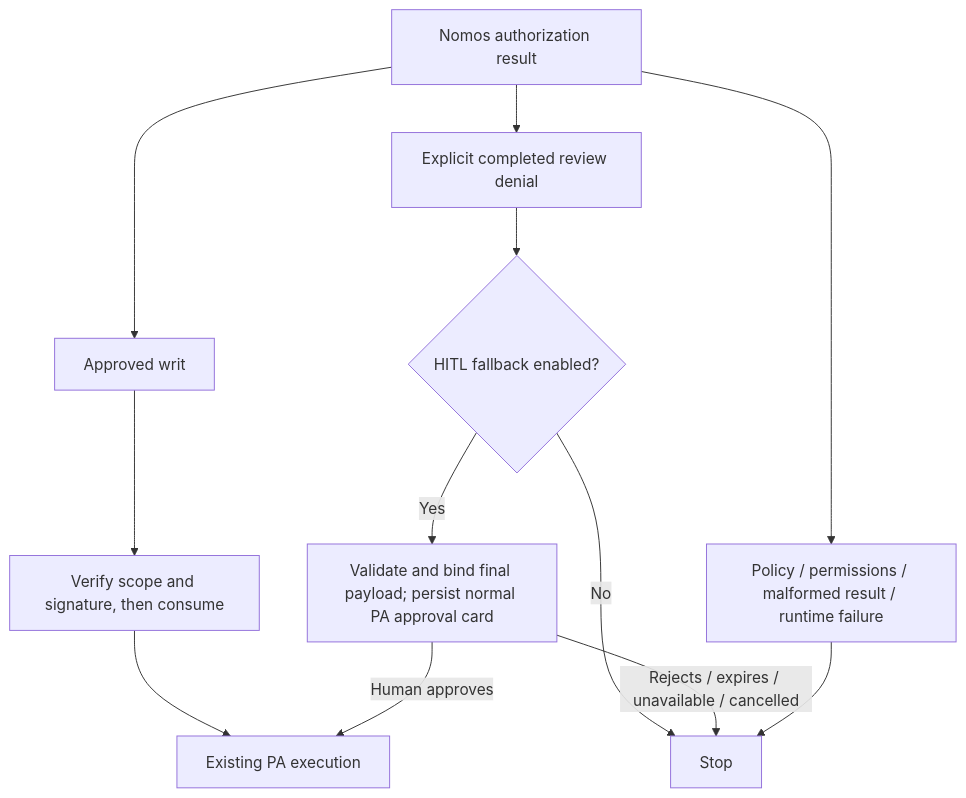
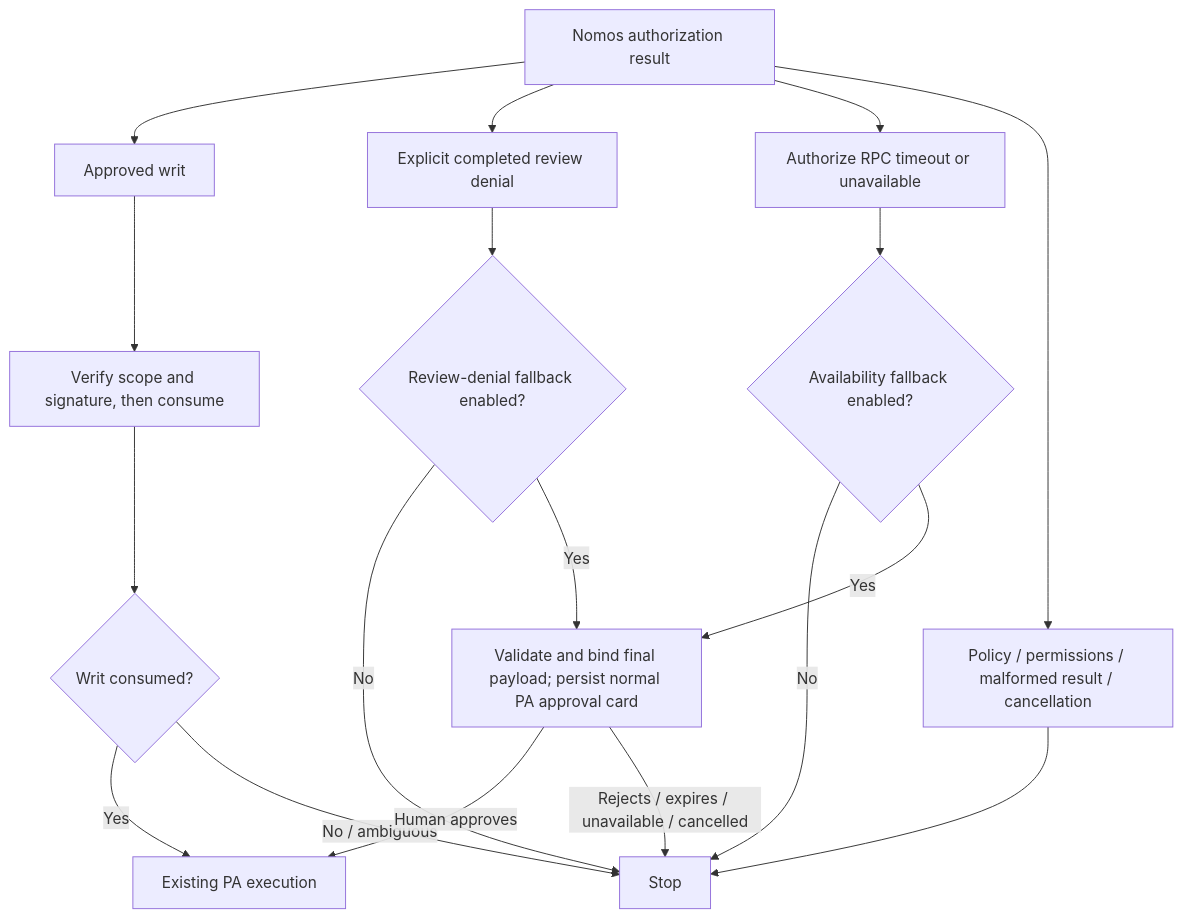
Before and after one commit to NVIDIA/Nomos: the fifth of 5 diagrams in docs/proposals/pa2-autonomous-write-authorization.md, drawn with Mermaid. The commit also changed other lines of this file, not shown here.

````diff
--- a/docs/proposals/pa2-autonomous-write-authorization.md
+++ b/docs/proposals/pa2-autonomous-write-authorization.md
@@ -440,14 +538,20 @@
 ```mermaid
 flowchart TD
   Result[Nomos authorization result] --> Approved[Approved writ]
   Result --> Eligible[Explicit completed review denial]
-  Result --> Hard[Policy / permissions / malformed result / runtime failure]
+  Result --> Unavailable[Authorize RPC timeout or unavailable]
+  Result --> Hard[Policy / permissions / malformed result / cancellation]
   Approved --> Verify[Verify scope and signature, then consume]
-  Verify --> Execute[Existing PA execution]
-  Eligible --> Flag{HITL fallback enabled?}
+  Verify --> Consume{Writ consumed?}
+  Consume -->|Yes| Execute[Existing PA execution]
+  Consume -->|No / ambiguous| Stop[Stop]
+  Eligible --> Flag{Review-denial fallback enabled?}
+  Unavailable --> AvailabilityFlag{Availability fallback enabled?}
+  AvailabilityFlag -->|No| Stop
+  AvailabilityFlag -->|Yes| Card
   Flag -->|No| Stop[Stop]
   Flag -->|Yes| Card[Validate and bind final payload; persist normal PA approval card]
   Card -->|Human approves| Execute
   Card -->|Rejects / expires / unavailable / cancelled| Stop
   Hard --> Stop
 ```
````
